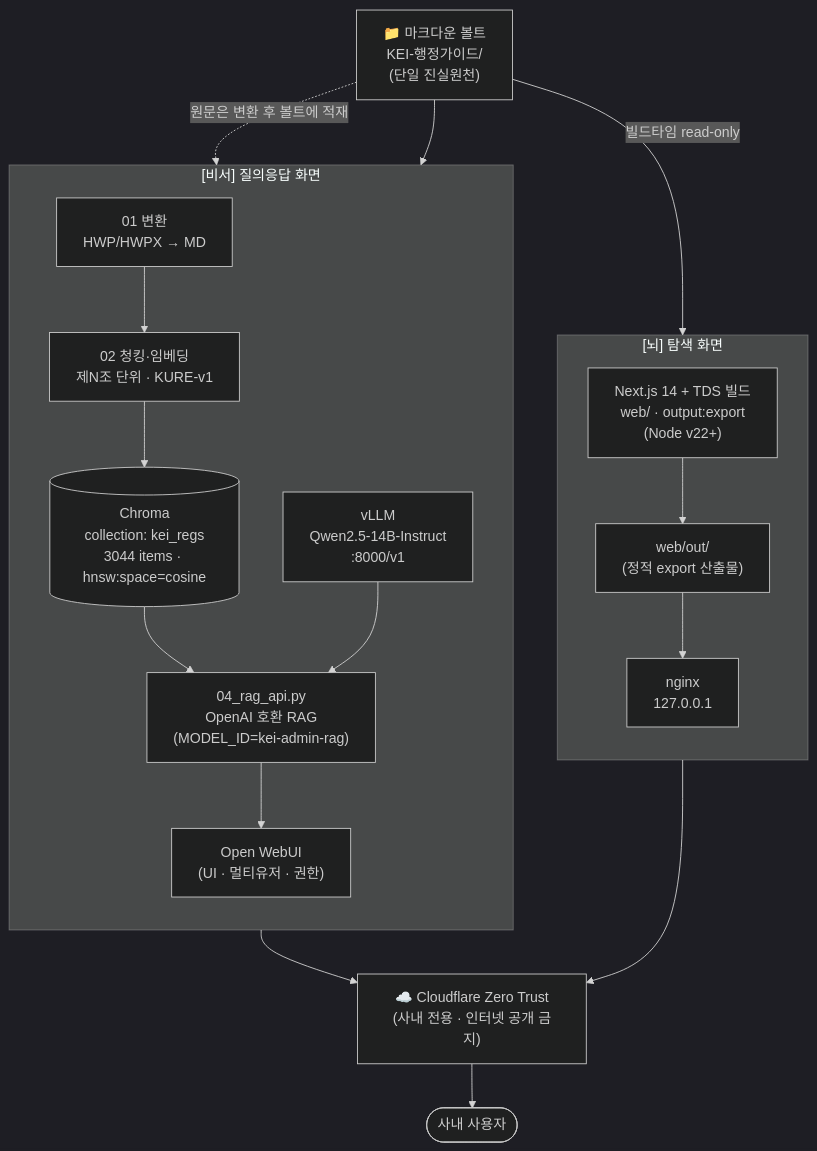
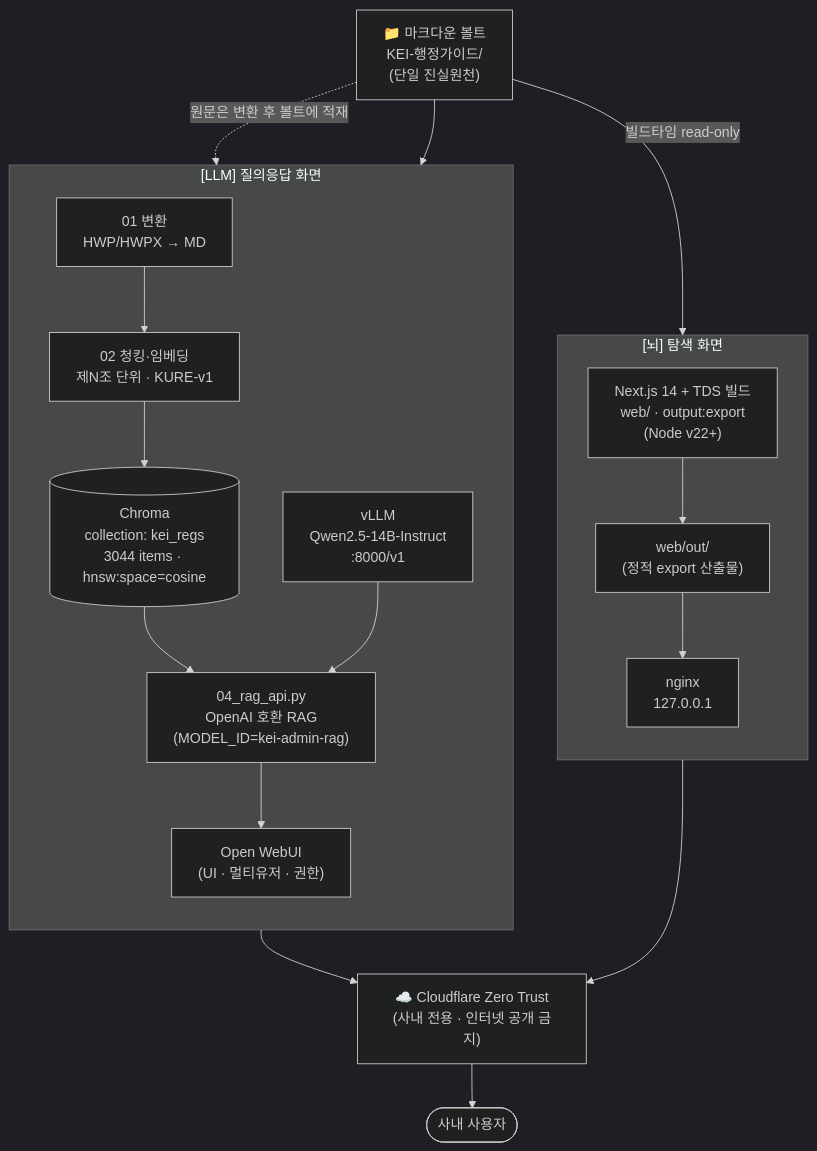
The first of 4 diagrams in docs/02-architecture.md (mooner92/KEIAdminSuperv), drawn with Mermaid (dark theme) before and after one commit. The commit also changed other lines of this file and 91 other files, not shown here.

````diff
--- a/docs/02-architecture.md
+++ b/docs/02-architecture.md
@@ -30,34 +30,34 @@
 ```mermaid
 flowchart TD
     VAULT["📁 마크다운 볼트<br/>KEI-행정가이드/<br/>(단일 진실원천)"]
 
     subgraph BRAIN["[뇌] 탐색 화면"]
         direction TB
         NEXT["Next.js 14 + TDS 빌드<br/>web/ · output:export<br/>(Node v22+)"]
         OUT["web/out/<br/>(정적 export 산출물)"]
         NGINX["nginx<br/>127.0.0.1"]
         NEXT --> OUT --> NGINX
     end
 
-    subgraph ASSIST["[비서] 질의응답 화면"]
+    subgraph ASSIST["[LLM] 질의응답 화면"]
         direction TB
         CONV["01 변환<br/>HWP/HWPX → MD"]
         EMBED["02 청킹·임베딩<br/>제N조 단위 · KURE-v1"]
         CHROMA[("Chroma<br/>collection: kei_regs<br/>3044 items · hnsw:space=cosine")]
         RAGAPI["04_rag_api.py<br/>OpenAI 호환 RAG<br/>(MODEL_ID=kei-admin-rag)"]
         VLLM["vLLM<br/>Qwen2.5-14B-Instruct<br/>:8000/v1"]
         WEBUI["Open WebUI<br/>(UI · 멀티유저 · 권한)"]
         CONV --> EMBED --> CHROMA
         CHROMA --> RAGAPI
         VLLM --> RAGAPI
         RAGAPI --> WEBUI
     end
 
     VAULT -- "빌드타임 read-only" --> NEXT
     VAULT -. "원문은 변환 후 볼트에 적재" .-> CONV
     VAULT --> EMBED
 
     NGINX --> CF["☁️ Cloudflare Zero Trust<br/>(사내 전용 · 인터넷 공개 금지)"]
     WEBUI --> CF
     CF --> USER(["사내 사용자"])
 ```
````
